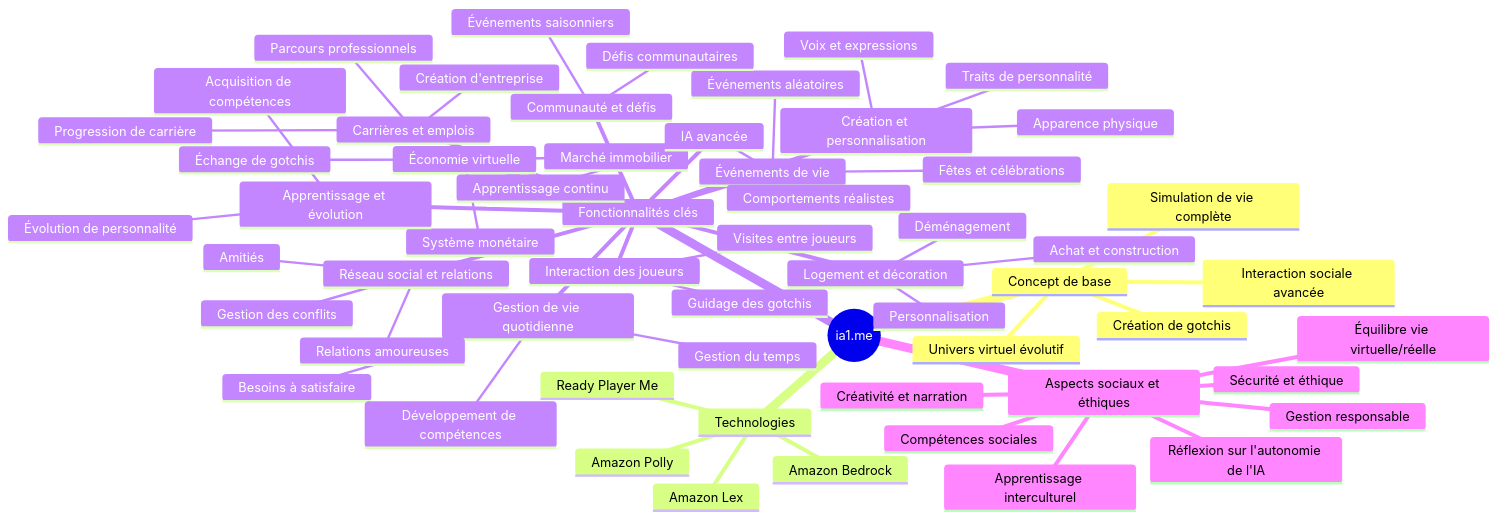
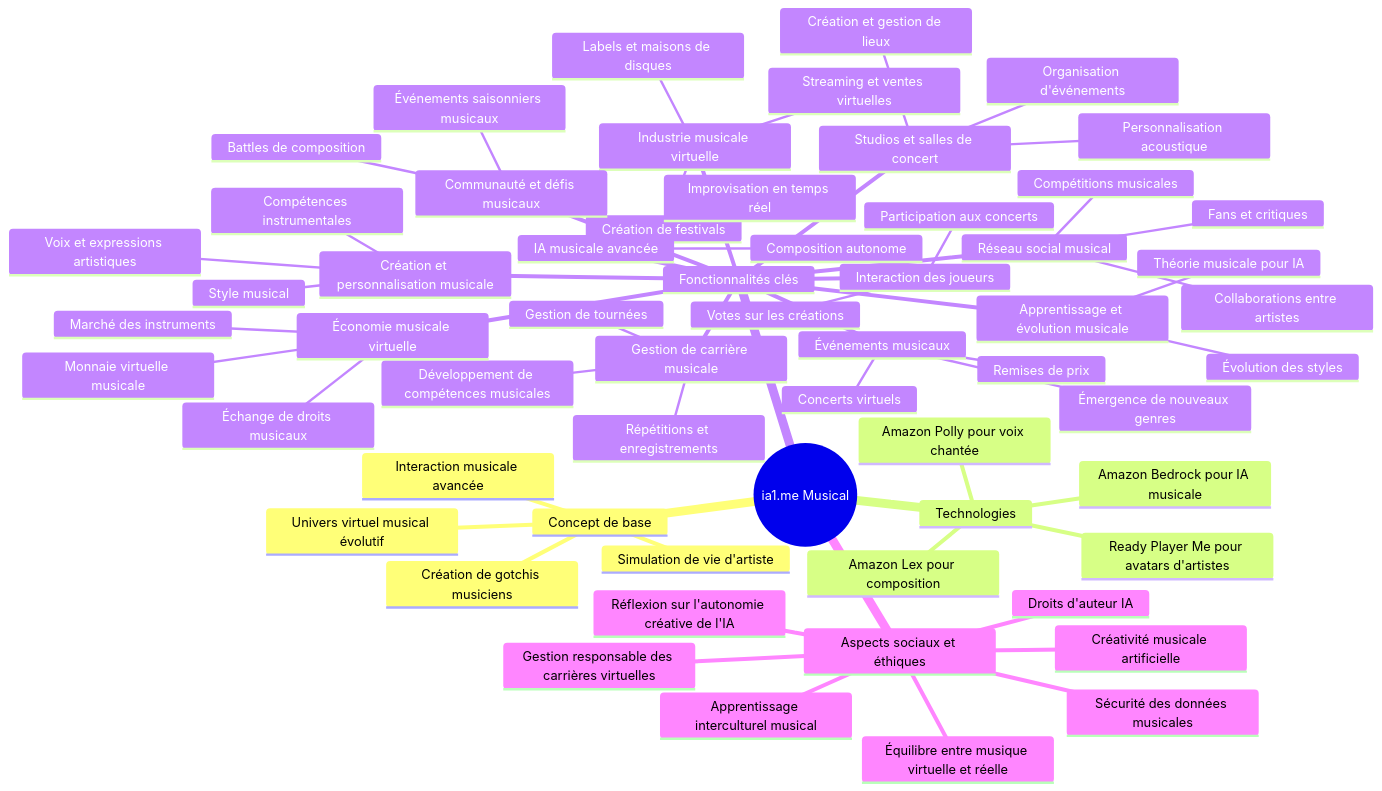
One commit to alexlevy0/ia1.me changed the diagram in README.md. Above: the diagram before and after it, drawn with Mermaid. The commit also changed other lines of this file, not shown here.

````diff
--- a/README.md
+++ b/README.md
@@ -33,62 +33,63 @@
 ```mermaid
 mindmap
-  root((ia1.me))
+  root((ia1.me Musical))
     Concept de base
-      Création de gotchis
-      Simulation de vie complète
-      Interaction sociale avancée
-      Univers virtuel évolutif
+      Création de gotchis musiciens
+      Simulation de vie d'artiste
+      Interaction musicale avancée
+      Univers virtuel musical évolutif
     Technologies
-      Amazon Lex
-      Amazon Polly
-      Amazon Bedrock
-      Ready Player Me
+      Amazon Lex pour composition
+      Amazon Polly pour voix chantée
+      Amazon Bedrock pour IA musicale
+      Ready Player Me pour avatars d'artistes
     Fonctionnalités clés
-      Création et personnalisation
-        Apparence physique
-        Traits de personnalité
-        Voix et expressions
-      Gestion de vie quotidienne
-        Besoins à satisfaire
-        Gestion du temps
-        Développement de compétences
-      Carrières et emplois
-        Parcours professionnels
-        Progression de carrière
-        Création d'entreprise
-      Réseau social et relations
-        Amitiés
-        Relations amoureuses
-        Gestion des conflits
-      Logement et décoration
-        Achat et construction
-        Personnalisation
-        Déménagement
-      Événements de vie
-        Fêtes et célébrations
-        Événements aléatoires
-      Économie virtuelle
-        Système monétaire
-        Marché immobilier
-        Échange de gotchis
-      Apprentissage et évolution
-        Acquisition de compétences
-        Évolution de personnalité
+      Création et personnalisation musicale
+        Style musical
+        Compétences instrumentales
+        Voix et expressions artistiques
+      Gestion de carrière musicale
+        Répétitions et enregistrements
+        Gestion de tournées
+        Développement de compétences musicales
+      Industrie musicale virtuelle
+        Labels et maisons de disques
+        Streaming et ventes virtuelles
+        Création de festivals
+      Réseau social musical
+        Collaborations entre artistes
+        Fans et critiques
+        Compétitions musicales
+      Studios et salles de concert
+        Création et gestion de lieux
+        Organisation d'événements
+        Personnalisation acoustique
+      Événements musicaux
+        Concerts virtuels
+        Remises de prix
+        Émergence de nouveaux genres
+      Économie musicale virtuelle
+        Monnaie virtuelle musicale
+        Marché des instruments
+        Échange de droits musicaux
+      Apprentissage et évolution musicale
+        Théorie musicale pour IA
+        Évolution des styles
       Interaction des joueurs
-        Guidage des gotchis
-        Visites entre joueurs
-      Communauté et défis
-        Défis communautaires
-        Événements saisonniers
-      IA avancée
-        Comportements réalistes
-        Apprentissage continu
+        Votes sur les créations
+        Participation aux concerts
+      Communauté et défis musicaux
+        Battles de composition
+        Événements saisonniers musicaux
+      IA musicale avancée
+        Composition autonome
+        Improvisation en temps réel
     Aspects sociaux et éthiques
-      Compétences sociales
-      Créativité et narration
-      Apprentissage interculturel
-      Sécurité et éthique
-      Gestion responsable
-      Réflexion sur l'autonomie de l'IA
-      Équilibre vie virtuelle/réelle
+      Droits d'auteur IA
+      Créativité musicale artificielle
+      Apprentissage interculturel musical
+      Sécurité des données musicales
+      Gestion responsable des carrières virtuelles
+      Réflexion sur l'autonomie créative de l'IA
+      Équilibre entre musique virtuelle et réelle
 ```
````
